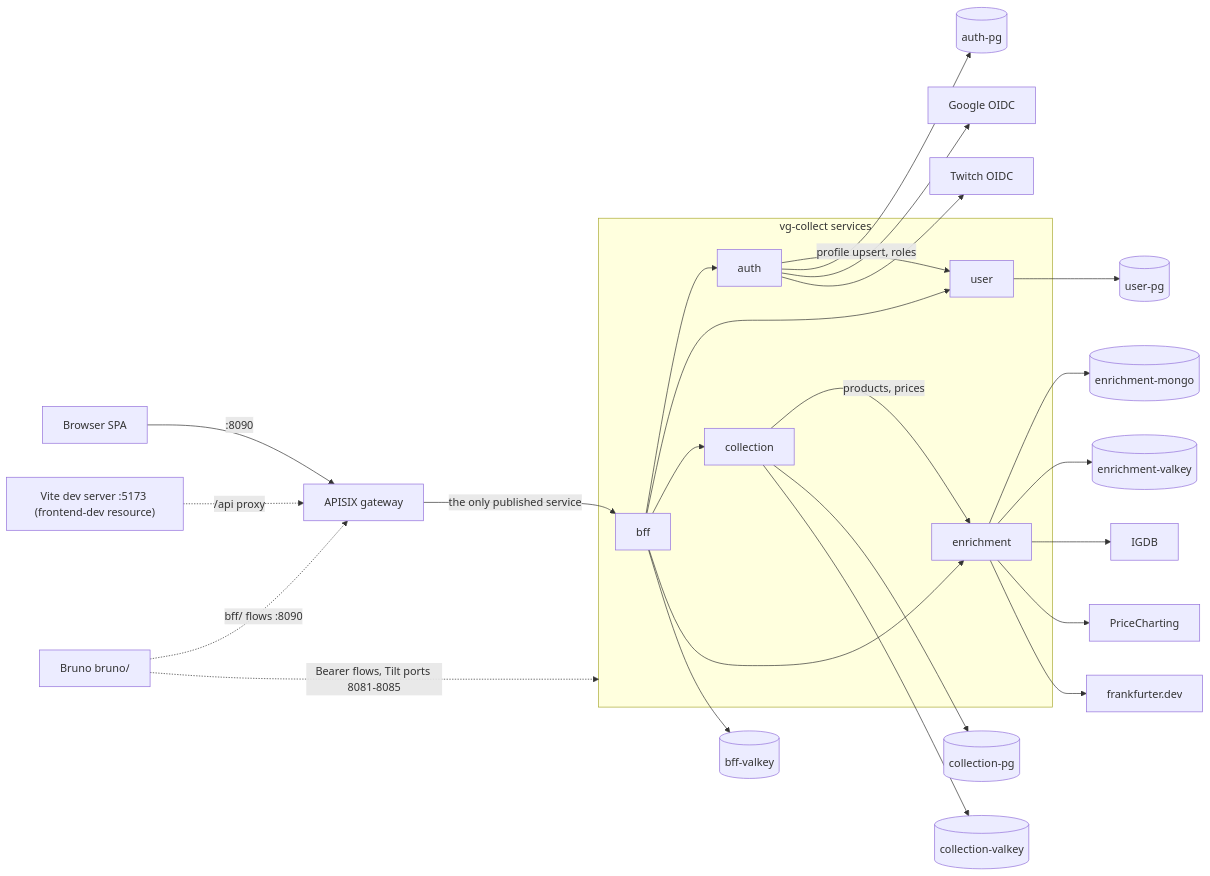
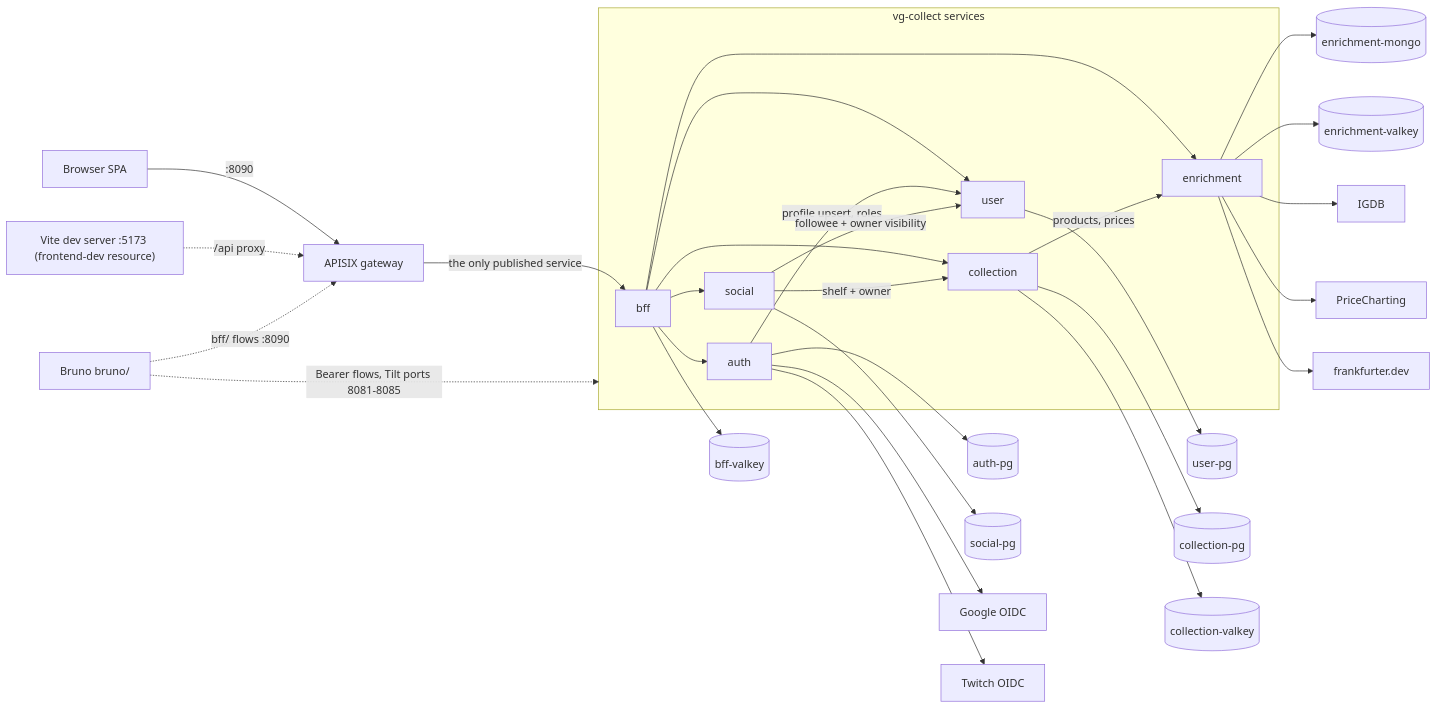
Before and after one commit to levonn-dev/vg-collect: the first of 2 diagrams in docs/runbooks/stack.md, drawn with Mermaid. The commit also changed other lines of this file and 10 other files, not shown here.

Commit message:
feat(observability): social dashboard, availability alert, runbook, stack docs, arch diagram

````diff
--- a/docs/runbooks/stack.md
+++ b/docs/runbooks/stack.md
@@ -20,28 +22,32 @@
 ```mermaid
 graph LR
     subgraph services[vg-collect services]
         bff --> auth
         bff --> user
         bff --> collection
         bff --> enrichment
+        bff --> social
         auth -->|"profile upsert, roles"| user
         collection -->|"products, prices"| enrichment
+        social -->|"shelf + owner"| collection
+        social -->|"followee + owner visibility"| user
     end
     browser[Browser SPA] -->|:8090| apisix[APISIX gateway]
     vite["Vite dev server :5173 (frontend-dev resource)"] -.->|"/api proxy"| apisix
     bruno["Bruno bruno/"] -.->|"bff/ flows :8090"| apisix
     bruno -.->|"Bearer flows, Tilt ports 8081-8085"| services
     apisix -->|"the only published service"| bff
     auth --> authpg[(auth-pg)]
     user --> userpg[(user-pg)]
     bff --> bffvalkey[(bff-valkey)]
     collection --> collectionpg[(collection-pg)]
     collection --> collectionvalkey[(collection-valkey)]
+    social --> socialpg[(social-pg)]
     enrichment --> mongo[(enrichment-mongo)]
     enrichment --> enrichmentvalkey[(enrichment-valkey)]
     auth --> google[Google OIDC]
     auth --> twitch[Twitch OIDC]
     enrichment --> igdb[IGDB]
     enrichment --> pricecharting[PriceCharting]
     enrichment --> fx[frankfurter.dev]
 ```
````
